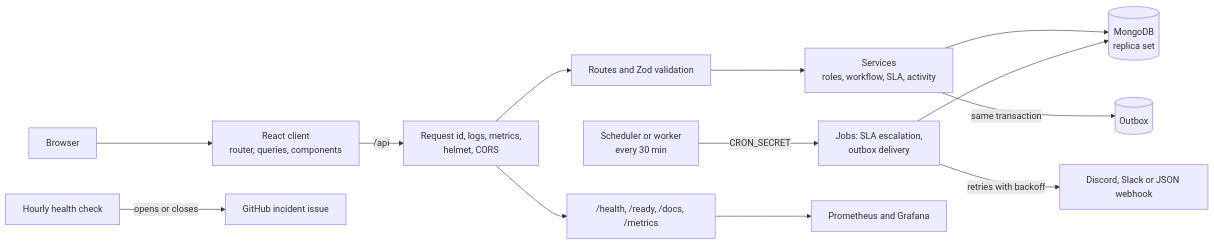
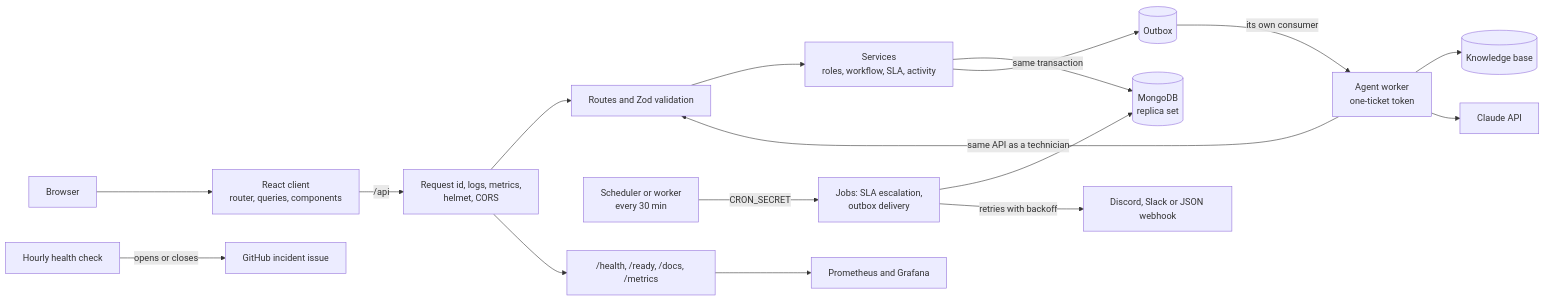
Before and after one commit to proyneon-hub/it-ticketing-system: the first of 2 diagrams in README.md, drawn with Mermaid. The commit also changed other lines of this file, not shown here.

First line of the commit message:
docs: refresh the README for the merged service desk agent

````diff
--- a/README.md
+++ b/README.md
@@ -128,15 +128,19 @@
 ```mermaid
 flowchart LR
   Browser --> Client[React client<br/>router, queries, components]
   Client -->|/api| Edge[Request id, logs, metrics,<br/>helmet, CORS]
   Edge --> Routes[Routes and Zod validation]
   Routes --> Services[Services<br/>roles, workflow, SLA, activity]
   Services --> DB[(MongoDB<br/>replica set)]
   Services -->|same transaction| Outbox[(Outbox)]
+  Outbox -->|its own consumer| Agent[Agent worker<br/>one-ticket token]
+  Agent -->|same API as a technician| Routes
+  Agent --> KB[(Knowledge base)]
+  Agent --> Model[Claude API]
   Cron[Scheduler or worker<br/>every 30 min] -->|CRON_SECRET| Jobs[Jobs: SLA escalation,<br/>outbox delivery]
   Jobs --> DB
   Jobs -->|retries with backoff| Hook[Discord, Slack or JSON webhook]
   Edge --> Ops["/health, /ready, /docs, /metrics"]
   Ops --> Prom[Prometheus and Grafana]
   Health[Hourly health check] -->|opens or closes| Issue[GitHub incident issue]
 ```
````
